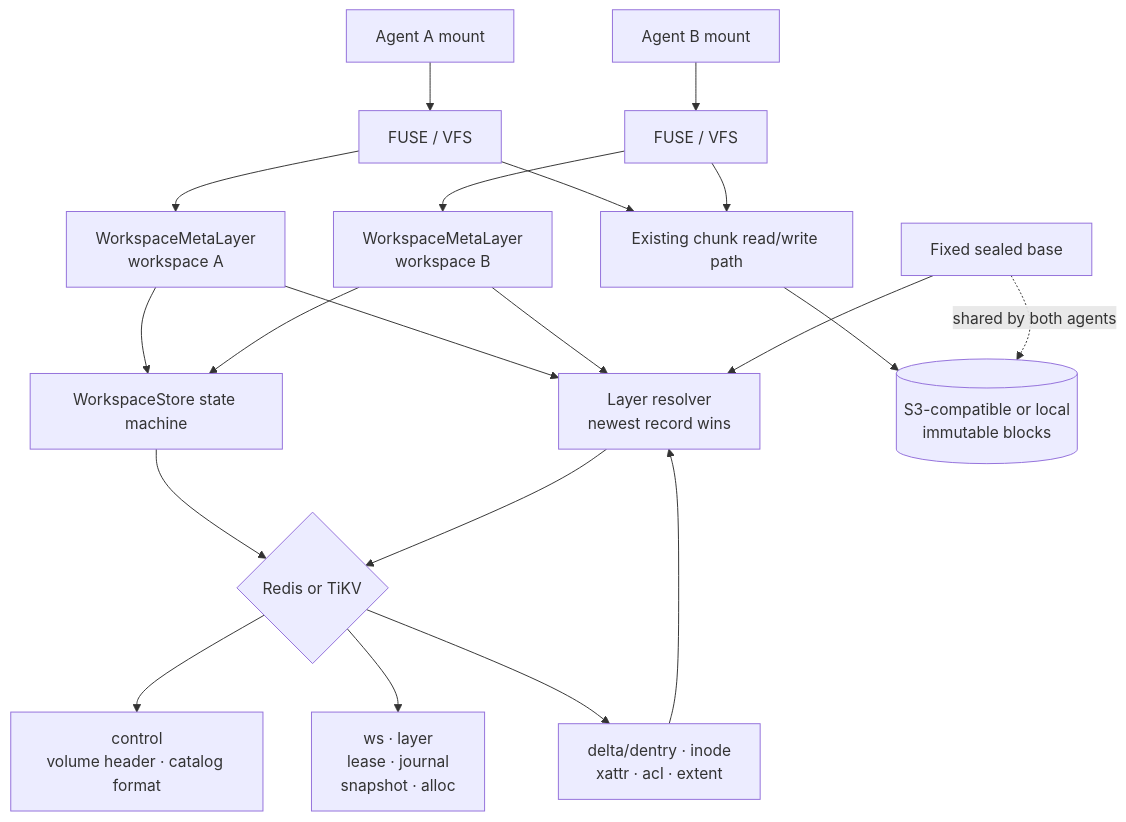
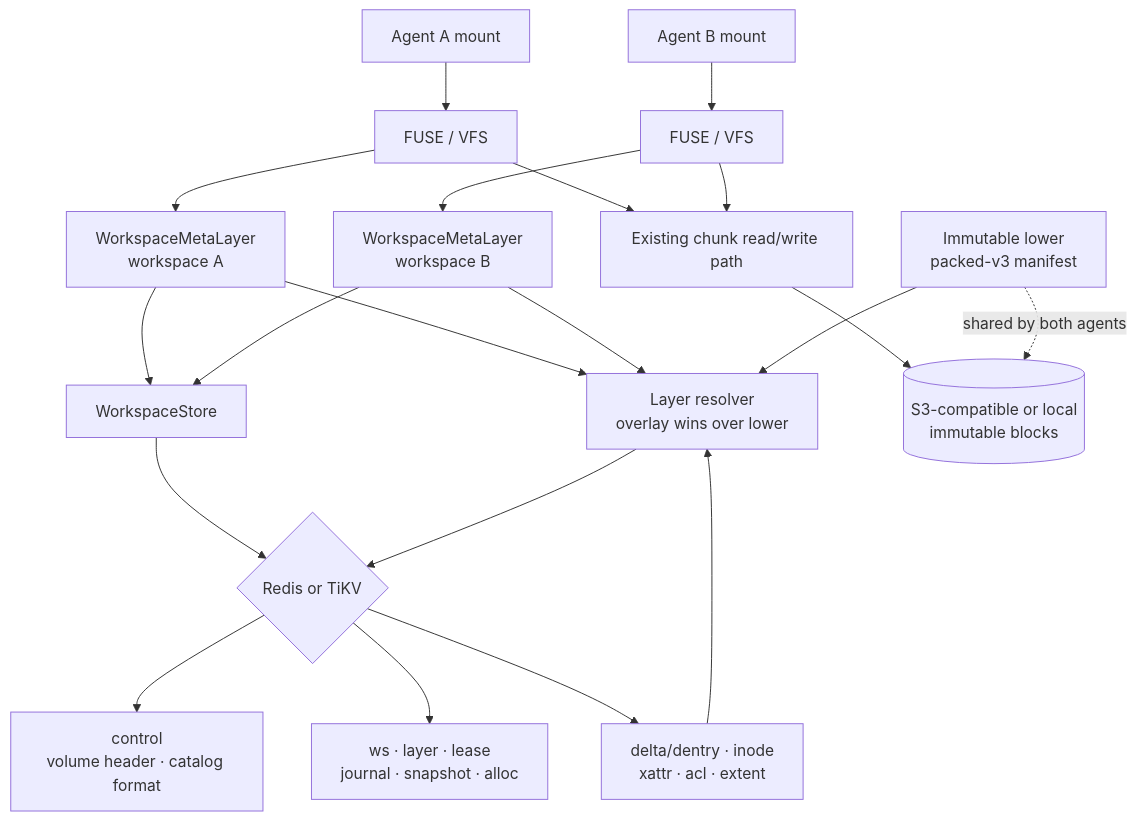
One commit to Ivanbeethoven/brewfs changed the first of 3 diagrams in doc/architecture/workspace-overlay.md. Above: the diagram before and after it, drawn with Mermaid. The commit also changed other lines of this file and 4 other files, not shown here.

First line of the commit message:
docs(overlay): specs for the immutable-lower, no-seal overlay model

````diff
--- a/doc/architecture/workspace-overlay.md
+++ b/doc/architecture/workspace-overlay.md
@@ -33,28 +67,28 @@
 ```mermaid
 flowchart TB
     AgentA[Agent A mount] --> FuseA[FUSE / VFS]
     AgentB[Agent B mount] --> FuseB[FUSE / VFS]
 
     FuseA --> MetaA[WorkspaceMetaLayer<br/>workspace A]
     FuseB --> MetaB[WorkspaceMetaLayer<br/>workspace B]
 
-    MetaA --> Resolver[Layer resolver<br/>newest record wins]
+    MetaA --> Resolver[Layer resolver<br/>overlay wins over lower]
     MetaB --> Resolver
-    MetaA --> Catalog[WorkspaceStore state machine]
+    MetaA --> Catalog[WorkspaceStore]
     MetaB --> Catalog
 
     Catalog --> KV{Redis or TiKV}
     Resolver --> KV
 
     KV --> Control[control<br/>volume header · catalog format]
-    KV --> Entities[ws · layer<br/>lease · journal<br/>snapshot · alloc]
+    KV --> Entities[ws · layer · lease<br/>journal · snapshot · alloc]
     KV --> Delta[delta/dentry · inode<br/>xattr · acl · extent]
 
     FuseA --> Chunk[Existing chunk read/write path]
     FuseB --> Chunk
     Chunk --> Objects[(S3-compatible or local<br/>immutable blocks)]
 
-    Shared[Fixed sealed base] --> Resolver
+    Lower[Immutable lower<br/>packed-v3 manifest] --> Resolver
     Delta --> Resolver
-    Shared -. shared by both agents .-> Objects
+    Lower -. shared by both agents .-> Objects
 ```
````
